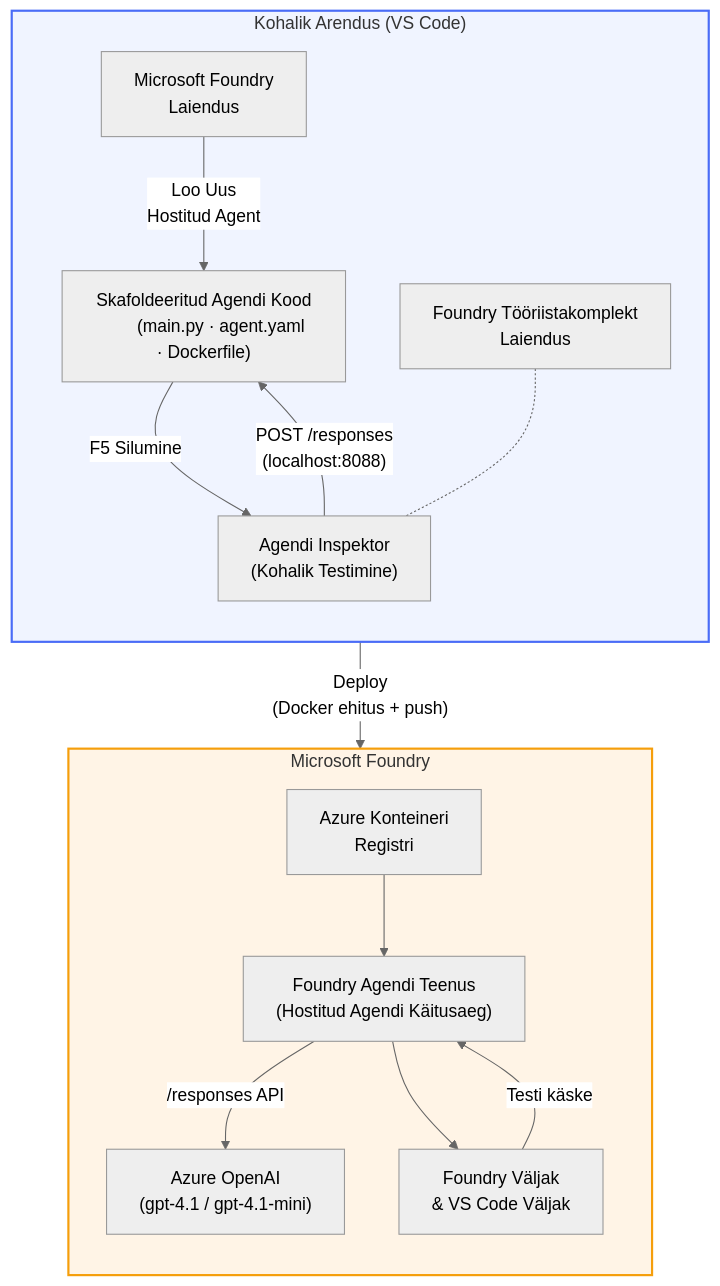
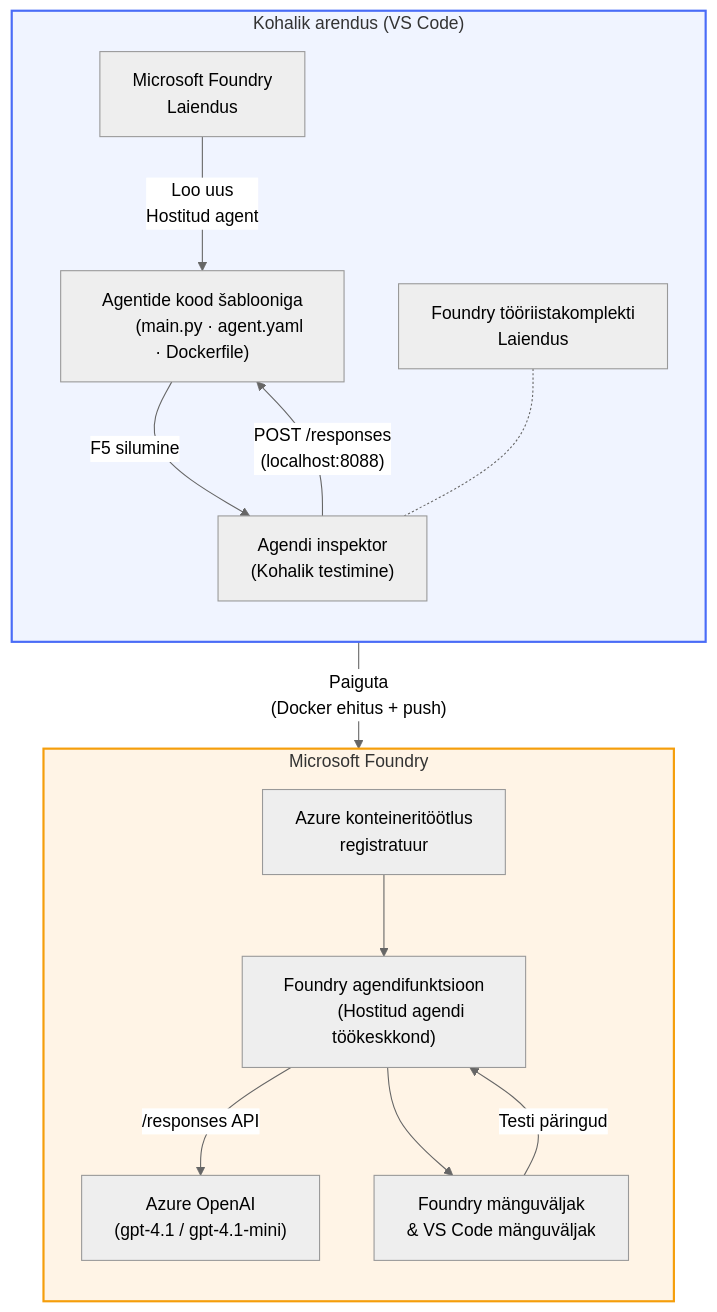
Before and after one commit to microsoft-foundry/Foundry_Toolkit_for_VSCode_Lab: the diagram in translations/et/README.md, drawn with Mermaid (neutral theme). The commit also changed other lines of this file and 110 other files, not shown here.

````diff
--- a/translations/et/README.md
+++ b/translations/et/README.md
@@ -48,42 +52,42 @@
 ```mermaid
 flowchart TB
-    subgraph Local["Kohalik Arendus (VS Code)"]
+    subgraph Local["Kohalik arendus (VS Code)"]
         direction TB
         FE["Microsoft Foundry
         Laiendus"]
-        FoundryToolkit["Foundry Tööriistakomplekt
+        FoundryToolkit["Foundry tööriistakomplekti
         Laiendus"]
-        Scaffold["Skafoldeeritud Agendi Kood
+        Scaffold["Agentide kood šablooniga
         (main.py · agent.yaml · Dockerfile)"]
-        Inspector["Agendi Inspektor
-        (Kohalik Testimine)"]
-        FE -- "Loo Uus
-        Hostitud Agent" --> Scaffold
-        Scaffold -- "F5 Silumine" --> Inspector
+        Inspector["Agendi inspektor
+        (Kohalik testimine)"]
+        FE -- "Loo uus
+        Hostitud agent" --> Scaffold
+        Scaffold -- "F5 silumine" --> Inspector
         FoundryToolkit -.- Inspector
     end
 
     subgraph Cloud["Microsoft Foundry"]
         direction TB
-        ACR["Azure Konteineri
-        Registri"]
-        AgentService["Foundry Agendi Teenus
-        (Hostitud Agendi Käitusaeg)"]
+        ACR["Azure konteineritöötlus
+        registratuur"]
+        AgentService["Foundry agendifunktsioon
+        (Hostitud agendi töökeskkond)"]
         Model["Azure OpenAI
         (gpt-4.1 / gpt-4.1-mini)"]
-        Playground["Foundry Väljak
-        & VS Code Väljak"]
+        Playground["Foundry mänguväljak
+        & VS Code mänguväljak"]
         ACR --> AgentService
         AgentService -- "/responses API" --> Model
         AgentService --> Playground
     end
 
-    Scaffold -- "Deploy
+    Scaffold -- "Paiguta
     (Docker ehitus + push)" --> ACR
     Inspector -- "POST /responses
     (localhost:8088)" --> Scaffold
-    Playground -- "Testi käske" --> AgentService
+    Playground -- "Testi päringud" --> AgentService
 
     style Local fill:#f0f4ff,stroke:#4a6cf7,stroke-width:2px
     style Cloud fill:#fff4e6,stroke:#f59e0b,stroke-width:2px
 ```
````
